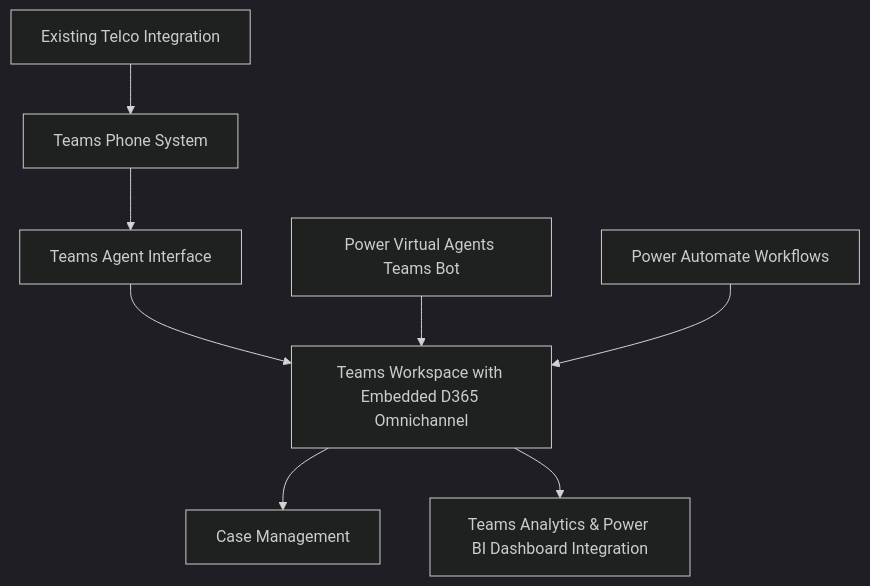
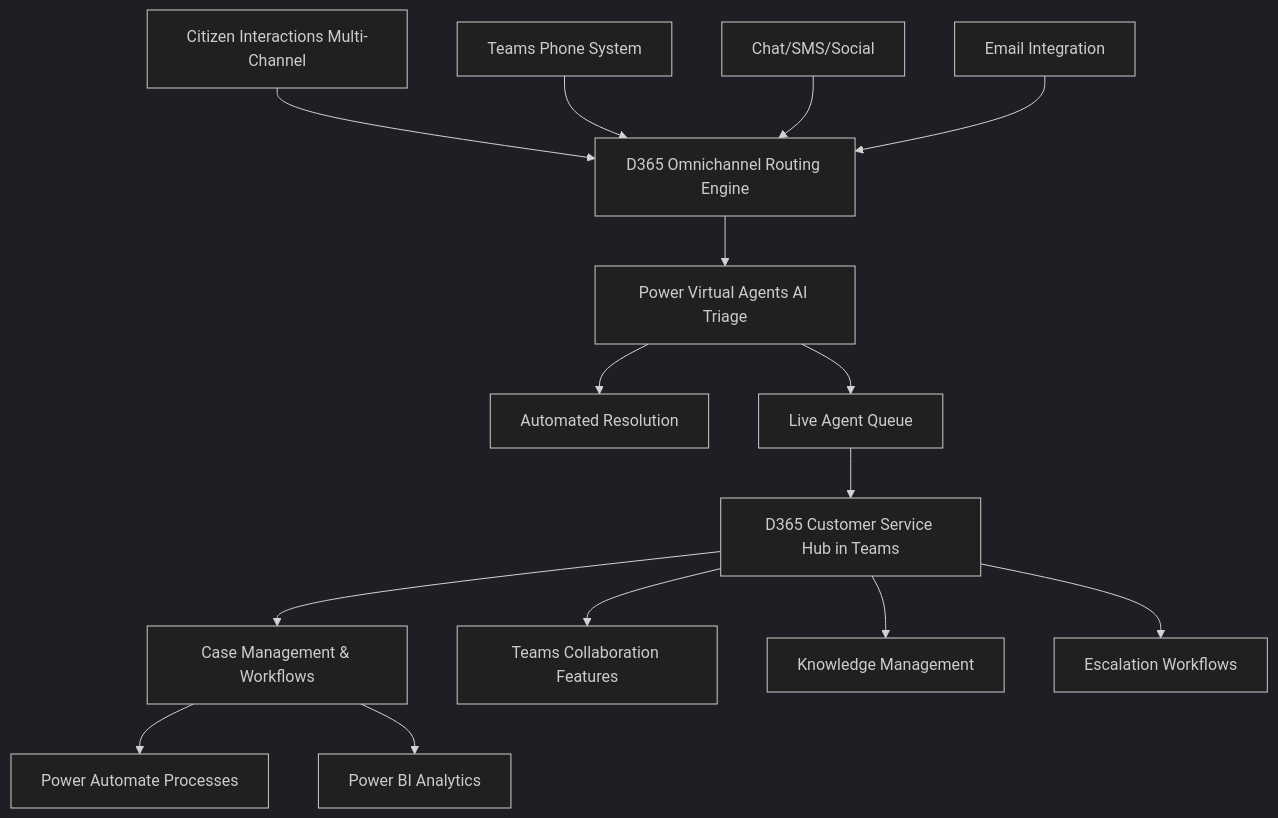
One commit to Cloudstrucc/Public changed the first of 9 diagrams in docs/DCC/readme.md. Above: the diagram before and after it, drawn with Mermaid (dark theme). The commit also changed other lines of this file and 4 other files, not shown here.

````diff
--- a/docs/DCC/readme.md
+++ b/docs/DCC/readme.md
@@ -56,10 +72,19 @@
 ```mermaid
 graph TD
-    A[Existing Telco Integration] --> B[Teams Phone System]
-    B --> C[Teams Agent Interface]
-    C --> D[Teams Workspace with Embedded D365 Omnichannel]
-    D --> E[Case Management]
-    F[Power Virtual Agents Teams Bot] --> D
-    G[Power Automate Workflows] --> D
-    D --> H[Teams Analytics & Power BI Dashboard Integration]
+    A[Citizen Interactions Multi-Channel] --> B[D365 Omnichannel Routing Engine]
+    B --> C[Power Virtual Agents AI Triage]
+    C --> D[Automated Resolution]
+    C --> E[Live Agent Queue]
+    E --> F[D365 Customer Service Hub in Teams]
+    F --> G[Case Management & Workflows]
+    G --> H[Power Automate Processes]
+    G --> I[Power BI Analytics]
+    
+    J[Teams Phone System] --> B
+    K[Chat/SMS/Social] --> B
+    L[Email Integration] --> B
+    
+    F --> M[Teams Collaboration Features]
+    F --> N[Knowledge Management]
+    F --> O[Escalation Workflows]
 ```
````
